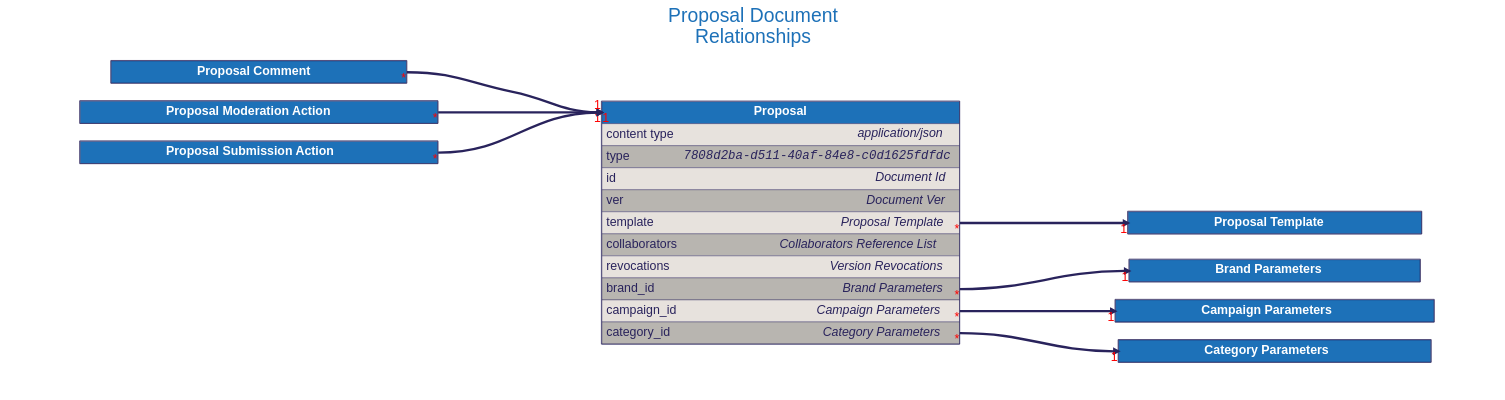
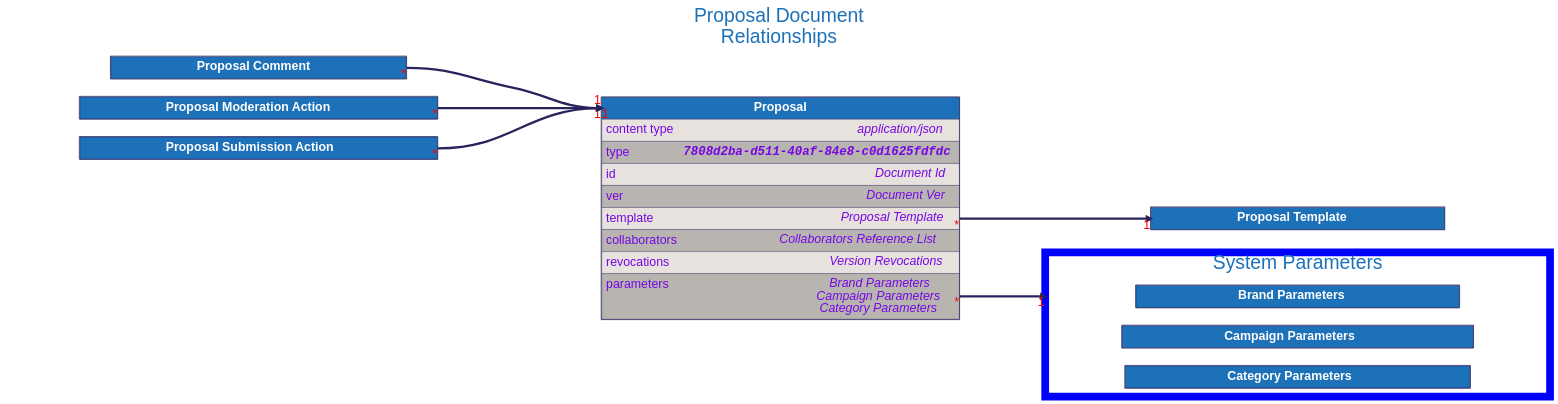
The diagram in docs/src/architecture/08_concepts/signed_doc/diagrams/proposal.dot (input-output-hk/catalyst-libs), drawn with Graphviz before and after one commit. The commit also changed 59 other files, not shown here.

First line of the commit message:
feat(docs): Consolidate all parameters types into a single parameters reference. (#303)

```diff
--- a/docs/src/architecture/08_concepts/signed_doc/diagrams/proposal.dot
+++ b/docs/src/architecture/08_concepts/signed_doc/diagrams/proposal.dot
@@ -1,14 +1,16 @@
 digraph "Proposal" {
     rankdir="LR"
-        graph [fontname="helvetica", fontsize="32", fontcolor="#29235c", bgcolor="white"];
-        node [penwidth="0", margin="0", fontname="helvetica", fontsize="32", fontcolor="#29235c"];
-        edge [fontname="helvetica", fontsize="32", fontcolor="red", color="#29235c"];
+    graph [fontname="helvetica", fontsize="32", fontcolor="#29235c", bgcolor="white"];
+    node [penwidth="0", margin="0", fontname="helvetica", fontsize="32", fontcolor="#29235c"];
+    edge [fontname="helvetica", fontsize="32", fontcolor="red", color="#29235c"];
 
     labelloc="t"
     label="Proposal Document
 Relationships"
     fontcolor="#1d71b8"
     fontsize=50
+    compound=true
+
 
 
     "Proposal Template" [
@@ -18,51 +20,6 @@
             <TR>
                 <TD PORT="title" BGCOLOR="#1d71b8" HREF="../proposal_template/">
                     <FONT COLOR="#ffffff"><B> Proposal Template </B></FONT>
-                </TD>
-            </TR>
-
-            </TABLE>
-        >
-    ];
-
-
-    "Brand Parameters" [
-        id="Brand Parameters";
-        label=<
-            <TABLE BORDER="2" COLOR="#29235c" CELLBORDER="1" CELLSPACING="0" CELLPADDING="10">
-            <TR>
-                <TD PORT="title" BGCOLOR="#1d71b8" HREF="../brand_parameters/">
-                    <FONT COLOR="#ffffff"><B> Brand Parameters </B></FONT>
-                </TD>
-            </TR>
-
-            </TABLE>
-        >
-    ];
-
-
-    "Campaign Parameters" [
-        id="Campaign Parameters";
-        label=<
-            <TABLE BORDER="2" COLOR="#29235c" CELLBORDER="1" CELLSPACING="0" CELLPADDING="10">
-            <TR>
-                <TD PORT="title" BGCOLOR="#1d71b8" HREF="../campaign_parameters/">
-                    <FONT COLOR="#ffffff"><B> Campaign Parameters </B></FONT>
-                </TD>
-            </TR>
-
-            </TABLE>
-        >
-    ];
-
-
-    "Category Parameters" [
-        id="Category Parameters";
-        label=<
-            <TABLE BORDER="2" COLOR="#29235c" CELLBORDER="1" CELLSPACING="0" CELLPADDING="10">
-            <TR>
-                <TD PORT="title" BGCOLOR="#1d71b8" HREF="../category_parameters/">
-                    <FONT COLOR="#ffffff"><B> Category Parameters </B></FONT>
                 </TD>
             </TR>
 
@@ -84,8 +41,8 @@
                 <TD ALIGN="LEFT" PORT="content type" BGCOLOR="#e7e2dd">
                     <TABLE CELLPADDING="0" CELLSPACING="0" BORDER="0">
                         <TR>
-                            <TD ALIGN="LEFT" VALIGN="TOP" WIDTH="200"><FONT>content type</FONT></TD>
-                            <TD ALIGN="RIGHT"><FONT><I>application/json</I></FONT></TD>
+                            <TD ALIGN="LEFT" VALIGN="TOP" WIDTH="200"><FONT COLOR="#7706E5">content type</FONT></TD>
+                            <TD ALIGN="RIGHT"><FONT COLOR="#7706E5"><I>application/json</I></FONT></TD>
                         </TR>
                     </TABLE>
                 </TD>
@@ -94,8 +51,8 @@
                 <TD ALIGN="LEFT" PORT="type" BGCOLOR="#b8b5b0">
                     <TABLE CELLPADDING="0" CELLSPACING="0" BORDER="0">
                         <TR>
-                            <TD ALIGN="LEFT" VALIGN="TOP" WIDTH="200"><FONT>type</FONT></TD>
-                            <TD ALIGN="RIGHT"><FONT FACE="Courier"><I>7808d2ba-d511-40af-84e8-c0d1625fdfdc</I></FONT></TD>
+                            <TD ALIGN="LEFT" VALIGN="TOP" WIDTH="200"><FONT COLOR="#7706E5">type</FONT></TD>
+                            <TD ALIGN="RIGHT"><FONT FACE="Courier" COLOR="#7706E5"><B><I>7808d2ba-d511-40af-84e8-c0d1625fdfdc</I></B></FONT></TD>
                         </TR>
                     </TABLE>
                 </TD>
@@ -104,8 +61,8 @@
                 <TD ALIGN="LEFT" PORT="id" BGCOLOR="#e7e2dd">
                     <TABLE CELLPADDING="0" CELLSPACING="0" BORDER="0">
                         <TR>
-                            <TD ALIGN="LEFT" VALIGN="TOP" WIDTH="200"><FONT>id</FONT></TD>
-                            <TD ALIGN="RIGHT"><FONT><I>Document Id</I></FONT></TD>
+                            <TD ALIGN="LEFT" VALIGN="TOP" WIDTH="200"><FONT COLOR="#7706E5">id</FONT></TD>
+                            <TD ALIGN="RIGHT"><FONT COLOR="#7706E5"><I>Document Id</I></FONT></TD>
                         </TR>
                     </TABLE>
                 </TD>
@@ -114,8 +71,8 @@
                 <TD ALIGN="LEFT" PORT="ver" BGCOLOR="#b8b5b0">
                     <TABLE CELLPADDING="0" CELLSPACING="0" BORDER="0">
                         <TR>
-                            <TD ALIGN="LEFT" VALIGN="TOP" WIDTH="200"><FONT>ver</FONT></TD>
-                            <TD ALIGN="RIGHT"><FONT><I>Document Ver</I></FONT></TD>
+                            <TD ALIGN="LEFT" VALIGN="TOP" WIDTH="200"><FONT COLOR="#7706E5">ver</FONT></TD>
+                            <TD ALIGN="RIGHT"><FONT COLOR="#7706E5"><I>Document Ver</I></FONT></TD>
                         </TR>
                     </TABLE>
                 </TD>
@@ -124,8 +81,8 @@
                 <TD ALIGN="LEFT" PORT="template" BGCOLOR="#e7e2dd">
                     <TABLE CELLPADDING="0" CELLSPACING="0" BORDER="0">
                         <TR>
-                            <TD ALIGN="LEFT" VALIGN="TOP" WIDTH="200"><FONT>template</FONT></TD>
-                            <TD ALIGN="RIGHT"><FONT><I>Proposal Template</I></FONT></TD>
+                            <TD ALIGN="LEFT" VALIGN="TOP" WIDTH="200"><FONT COLOR="#7706E5">template</FONT></TD>
+                            <TD ALIGN="RIGHT"><FONT COLOR="#7706E5"><I>Proposal Template</I></FONT></TD>
                         </TR>
                     </TABLE>
                 </TD>
@@ -134,8 +91,8 @@
                 <TD ALIGN="LEFT" PORT="collaborators" BGCOLOR="#b8b5b0">
                     <TABLE CELLPADDING="0" CELLSPACING="0" BORDER="0">
                         <TR>
-                            <TD ALIGN="LEFT" VALIGN="TOP" WIDTH="200"><FONT>collaborators</FONT></TD>
-                            <TD ALIGN="RIGHT"><FONT><I>Collaborators Reference List</I></FONT></TD>
+                            <TD ALIGN="LEFT" VALIGN="TOP" WIDTH="200"><FONT COLOR="#7706E5">collaborators</FONT></TD>
+                            <TD ALIGN="RIGHT"><FONT COLOR="#7706E5"><I>Collaborators Reference List</I></FONT></TD>
                         </TR>
                     </TABLE>
                 </TD>
@@ -144,38 +101,18 @@
                 <TD ALIGN="LEFT" PORT="revocations" BGCOLOR="#e7e2dd">
                     <TABLE CELLPADDING="0" CELLSPACING="0" BORDER="0">
                         <TR>
-                            <TD ALIGN="LEFT" VALIGN="TOP" WIDTH="200"><FONT>revocations</FONT></TD>
-                            <TD ALIGN="RIGHT"><FONT><I>Version Revocations</I></FONT></TD>
+                            <TD ALIGN="LEFT" VALIGN="TOP" WIDTH="200"><FONT COLOR="#7706E5">revocations</FONT></TD>
+                            <TD ALIGN="RIGHT"><FONT COLOR="#7706E5"><I>Version Revocations</I></FONT></TD>
                         </TR>
                     </TABLE>
                 </TD>
             </TR>
             <TR>
-                <TD ALIGN="LEFT" PORT="brand_id" BGCOLOR="#b8b5b0">
+                <TD ALIGN="LEFT" PORT="parameters" BGCOLOR="#b8b5b0">
                     <TABLE CELLPADDING="0" CELLSPACING="0" BORDER="0">
                         <TR>
-                            <TD ALIGN="LEFT" VALIGN="TOP" WIDTH="200"><FONT>brand_id</FONT></TD>
-                            <TD ALIGN="RIGHT"><FONT><I>Brand Parameters</I></FONT></TD>
-                        </TR>
-                    </TABLE>
-                </TD>
-            </TR>
-            <TR>
-                <TD ALIGN="LEFT" PORT="campaign_id" BGCOLOR="#e7e2dd">
-                    <TABLE CELLPADDING="0" CELLSPACING="0" BORDER="0">
-                        <TR>
-                            <TD ALIGN="LEFT" VALIGN="TOP" WIDTH="200"><FONT>campaign_id</FONT></TD>
-                            <TD ALIGN="RIGHT"><FONT><I>Campaign Parameters</I></FONT></TD>
-                        </TR>
-                    </TABLE>
-                </TD>
-            </TR>
-            <TR>
-                <TD ALIGN="LEFT" PORT="category_id" BGCOLOR="#b8b5b0">
-                    <TABLE CELLPADDING="0" CELLSPACING="0" BORDER="0">
-                        <TR>
-                            <TD ALIGN="LEFT" VALIGN="TOP" WIDTH="200"><FONT>category_id</FONT></TD>
-                            <TD ALIGN="RIGHT"><FONT><I>Category Parameters</I></FONT></TD>
+                            <TD ALIGN="LEFT" VALIGN="TOP" WIDTH="200"><FONT COLOR="#7706E5">parameters</FONT></TD>
+                            <TD ALIGN="RIGHT"><FONT COLOR="#7706E5"><I>Brand Parameters<BR />Campaign Parameters<BR />Category Parameters</I></FONT></TD>
                         </TR>
                     </TABLE>
                 </TD>
@@ -231,10 +168,59 @@
     ];
 
 
+    subgraph cluster_system_parameters {
+        label = "System Parameters";
+        color=blue
+        penwidth=20
+
+        "Brand Parameters" [
+            id="Brand Parameters";
+            label=<
+                <TABLE BORDER="2" COLOR="#29235c" CELLBORDER="1" CELLSPACING="0" CELLPADDING="10">
+                <TR>
+                    <TD PORT="title" BGCOLOR="#1d71b8" HREF="../brand_parameters/">
+                        <FONT COLOR="#ffffff"><B> Brand Parameters </B></FONT>
+                    </TD>
+                </TR>
+
+                </TABLE>
+            >
+        ];
+
+
+        "Campaign Parameters" [
+            id="Campaign Parameters";
+            label=<
+                <TABLE BORDER="2" COLOR="#29235c" CELLBORDER="1" CELLSPACING="0" CELLPADDING="10">
+                <TR>
+                    <TD PORT="title" BGCOLOR="#1d71b8" HREF="../campaign_parameters/">
+                        <FONT COLOR="#ffffff"><B> Campaign Parameters </B></FONT>
+                    </TD>
+                </TR>
+
+                </TABLE>
+            >
+        ];
+
+
+        "Category Parameters" [
+            id="Category Parameters";
+            label=<
+                <TABLE BORDER="2" COLOR="#29235c" CELLBORDER="1" CELLSPACING="0" CELLPADDING="10">
+                <TR>
+                    <TD PORT="title" BGCOLOR="#1d71b8" HREF="../category_parameters/">
+                        <FONT COLOR="#ffffff"><B> Category Parameters </B></FONT>
+                    </TD>
+                </TR>
+
+                </TABLE>
+            >
+        ];
+
+    }
+
     "Proposal":"template":e -> "Proposal Template":"title":w [dir=forward, penwidth=6, color="#29235c", headlabel="1", taillabel="*"]
-    "Proposal":"brand_id":e -> "Brand Parameters":"title":w [dir=forward, penwidth=6, color="#29235c", headlabel="1", taillabel="*"]
-    "Proposal":"campaign_id":e -> "Campaign Parameters":"title":w [dir=forward, penwidth=6, color="#29235c", headlabel="1", taillabel="*"]
-    "Proposal":"category_id":e -> "Category Parameters":"title":w [dir=forward, penwidth=6, color="#29235c", headlabel="1", taillabel="*"]
+    "Proposal":"parameters":e -> "Brand Parameters" [dir=forward, penwidth=6, color="#29235c", headlabel="1", taillabel="*", lhead="cluster_system_parameters"]
     "Proposal Comment":"title":e -> "Proposal":"title":w [dir=forward, penwidth=6, color="#29235c", headlabel="1", taillabel="*"]
     "Proposal Moderation Action":"title":e -> "Proposal":"title":w [dir=forward, penwidth=6, color="#29235c", headlabel="1", taillabel="*"]
     "Proposal Submission Action":"title":e -> "Proposal":"title":w [dir=forward, penwidth=6, color="#29235c", headlabel="1", taillabel="*"]
```
